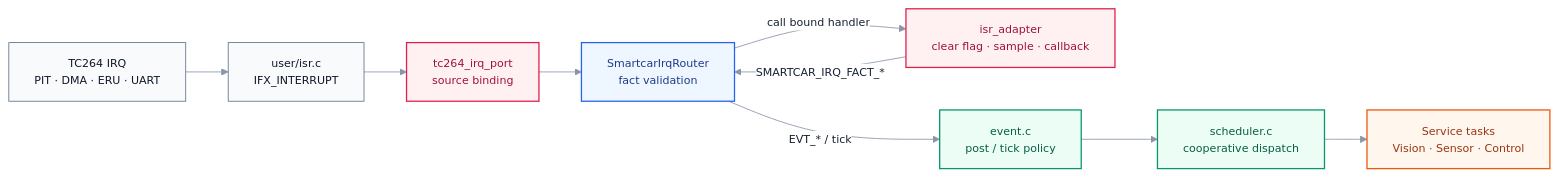
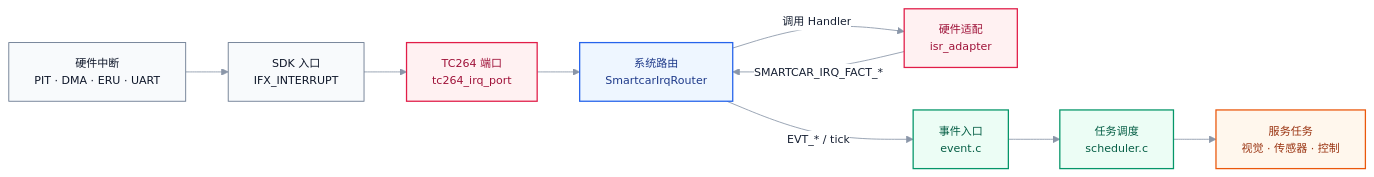
Before and after one commit to ParacosmYy/GS_Smart_car: the second of 2 diagrams in README.md, drawn with Mermaid. The commit also changed other lines of this file, not shown here.

Commit message:
docs(readme): 改进中文企业版Mermaid架构图

````diff
--- a/README.md
+++ b/README.md
@@ -85,23 +115,23 @@
 ```mermaid
 %%{init: {'theme':'base','themeVariables': {'fontFamily':'Segoe UI,Arial,sans-serif','fontSize':'13px','primaryColor':'#ffffff','primaryTextColor':'#172033','lineColor':'#8a96a8'}}}%%
 flowchart LR
     classDef hw fill:#f8fafc,stroke:#64748b,color:#0f172a
     classDef port fill:#fff1f2,stroke:#e11d48,stroke-width:1.5px,color:#9f1239
     classDef router fill:#eef6ff,stroke:#2563eb,stroke-width:1.5px,color:#1e3a8a
     classDef event fill:#ecfdf5,stroke:#059669,stroke-width:1.5px,color:#065f46
     classDef service fill:#fff7ed,stroke:#ea580c,stroke-width:1.5px,color:#9a3412
 
-    HW["TC264 IRQ<br/>PIT · DMA · ERU · UART"]:::hw
-    ENTRY["user/isr.c<br/>IFX_INTERRUPT"]:::hw
-    PORT["tc264_irq_port<br/>source binding"]:::port
-    ROUTER["SmartcarIrqRouter<br/>fact validation"]:::router
-    ADAPTER["isr_adapter<br/>clear flag · sample · callback"]:::port
-    EVENT["event.c<br/>post / tick policy"]:::event
-    SCHED["scheduler.c<br/>cooperative dispatch"]:::event
-    TASK["Service tasks<br/>Vision · Sensor · Control"]:::service
+    HW["硬件中断<br/>PIT · DMA · ERU · UART"]:::hw
+    ENTRY["SDK 入口<br/>IFX_INTERRUPT"]:::hw
+    PORT["TC264 端口<br/>tc264_irq_port"]:::port
+    ROUTER["系统路由<br/>SmartcarIrqRouter"]:::router
+    ADAPTER["硬件适配<br/>isr_adapter"]:::port
+    EVENT["事件入口<br/>event.c"]:::event
+    SCHED["任务调度<br/>scheduler.c"]:::event
+    TASK["服务任务<br/>视觉 · 传感器 · 控制"]:::service
 
     HW --> ENTRY --> PORT --> ROUTER
-    ROUTER -->|call bound handler| ADAPTER
+    ROUTER -->|调用 Handler| ADAPTER
     ADAPTER -->|SMARTCAR_IRQ_FACT_*| ROUTER
     ROUTER -->|EVT_* / tick| EVENT --> SCHED --> TASK
 ```
````
